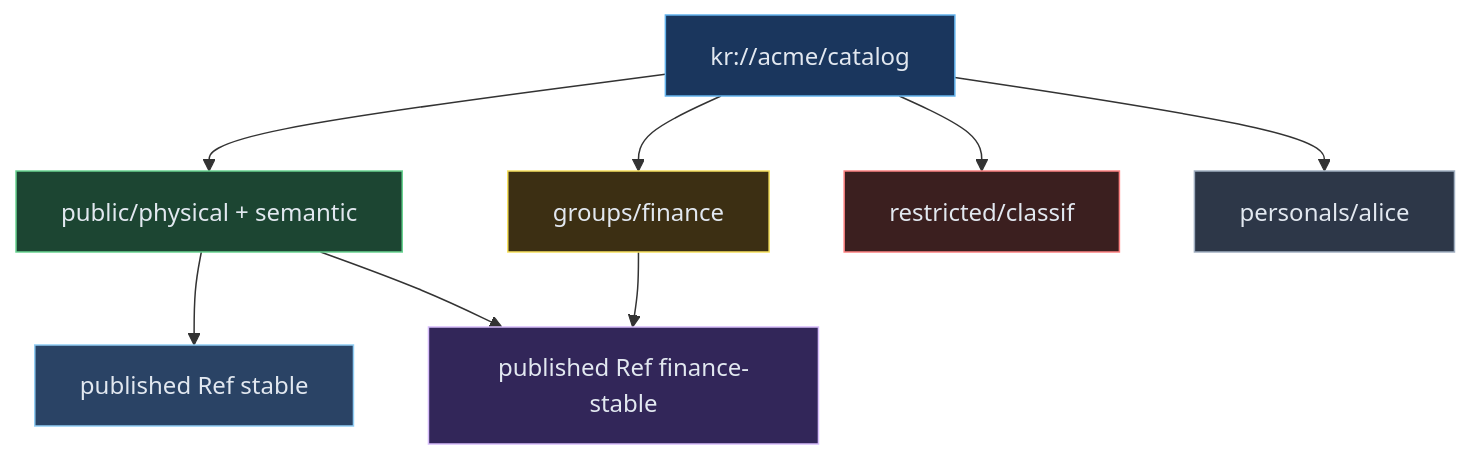
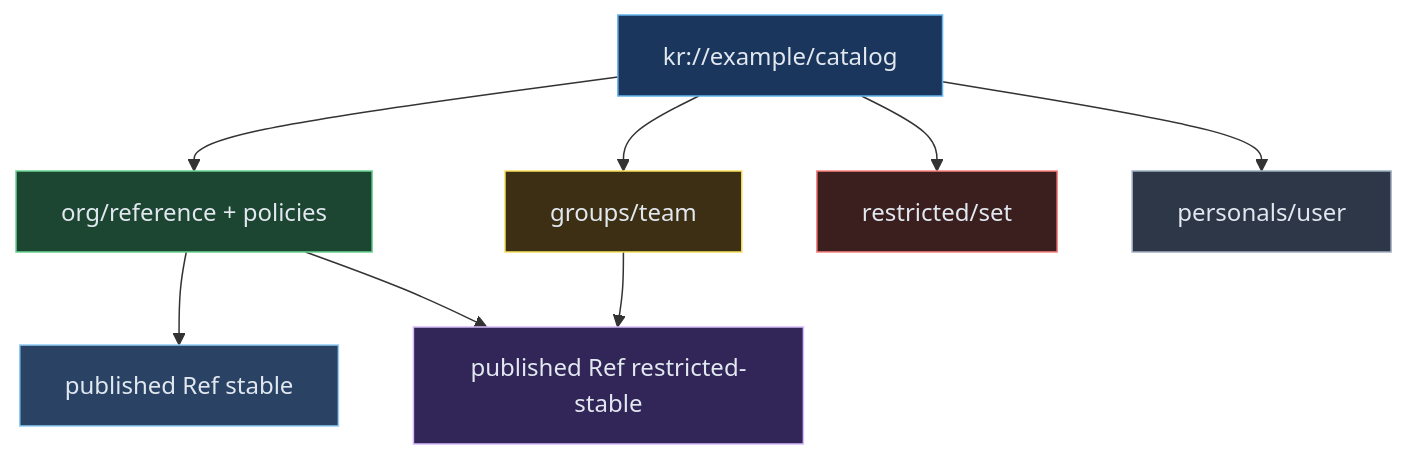
Before and after one commit to AlexKaiqi/knowledge-catalog: the tenth of 17 diagrams in docs/KNOWLEDGE_CATALOG_DESIGN.md, drawn with Mermaid. The commit also changed other lines of this file and 28 other files, not shown here.

````diff
--- a/docs/KNOWLEDGE_CATALOG_DESIGN.md
+++ b/docs/KNOWLEDGE_CATALOG_DESIGN.md
@@ -725,25 +725,25 @@
 ```mermaid
 %% diagram:company-catalog-one
 flowchart TB
-  CAT["kr://acme/catalog"]
-  PUB["public/physical + semantic"]
-  GRP["groups/finance"]
-  RST["restricted/classif"]
-  PER["personals/alice"]
+  CAT["kr://example/catalog"]
+  PUB["org/reference + policies"]
+  GRP["groups/team"]
+  RST["restricted/set"]
+  PER["personals/user"]
   STABLE["published Ref stable"]
-  FIN["published Ref finance-stable"]
+  FIN["published Ref restricted-stable"]
   CAT --> PUB
   CAT --> GRP
   CAT --> RST
   CAT --> PER
   PUB --> STABLE
   PUB --> FIN
   GRP --> FIN
   style CAT fill:#1a365d,stroke:#63b3ed,color:#e2e8f0
   style PUB fill:#1c4532,stroke:#68d391,color:#e2e8f0
   style GRP fill:#3c2f13,stroke:#f6e05e,color:#e2e8f0
   style RST fill:#3b1f1f,stroke:#fc8181,color:#e2e8f0
   style PER fill:#2d3748,stroke:#a0aec0,color:#e2e8f0
   style STABLE fill:#2a4365,stroke:#90cdf4,color:#e2e8f0
   style FIN fill:#322659,stroke:#d6bcfa,color:#e2e8f0
 ```
````
